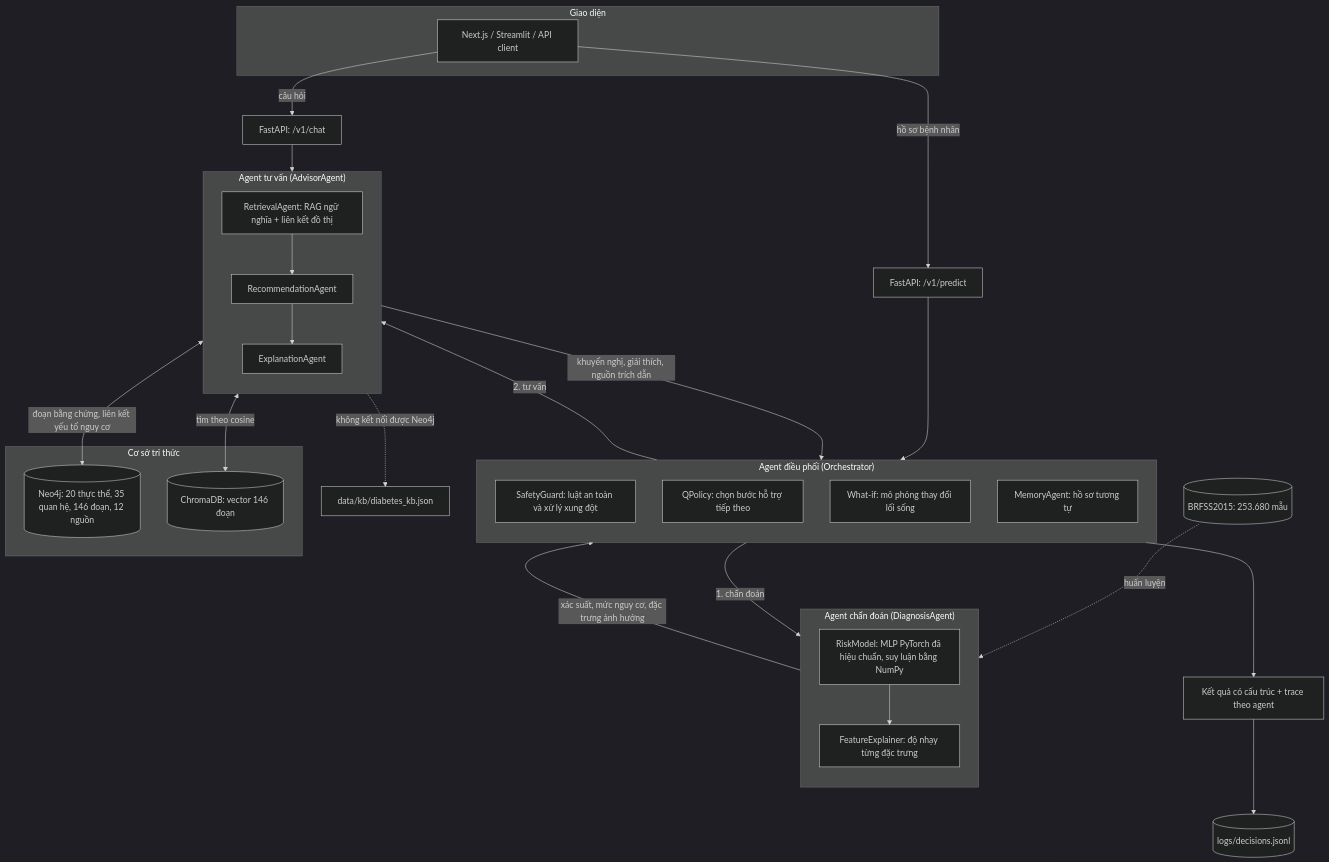
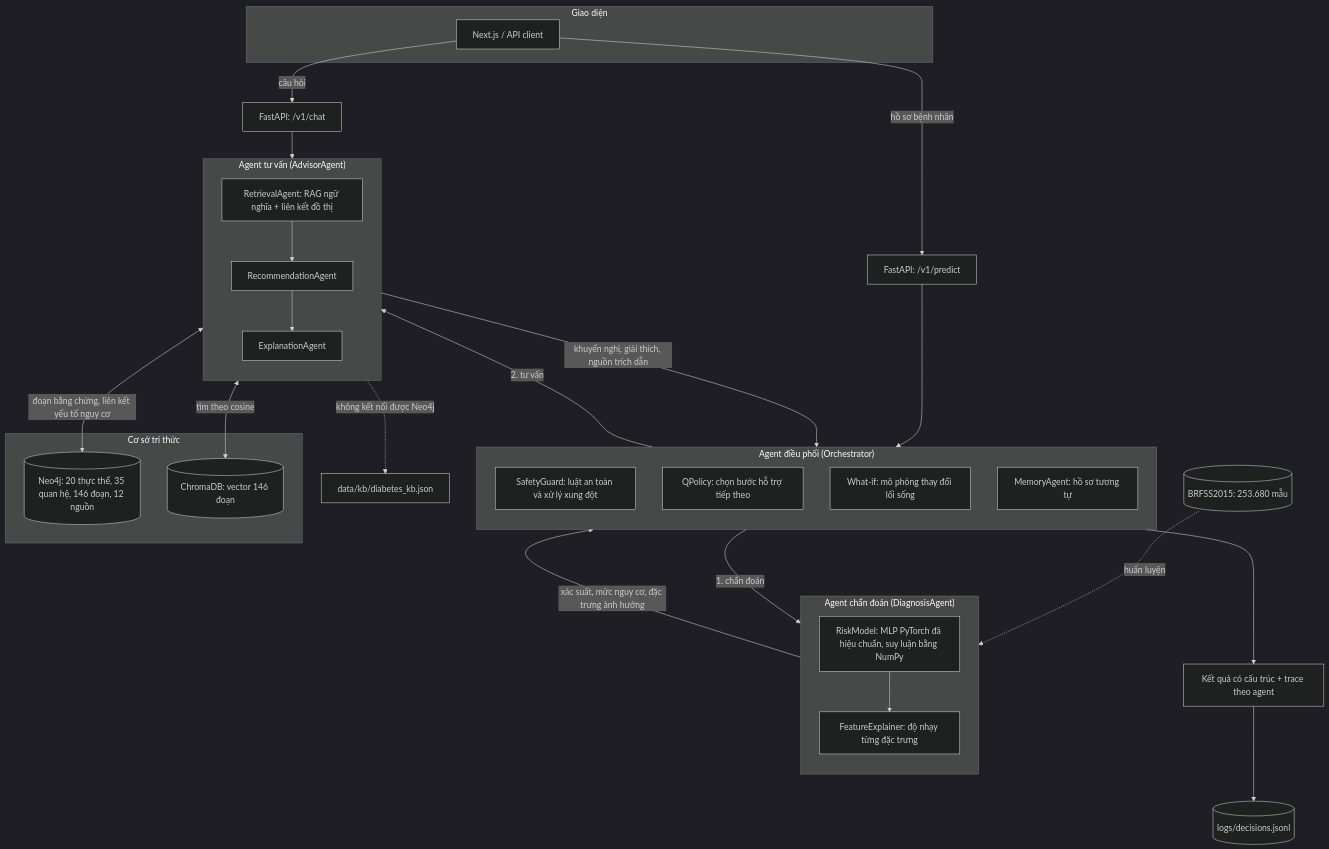
One commit to halobiron/Diabetes_Agent changed the first of 2 diagrams in docs/architecture.md. Above: the diagram before and after it, drawn with Mermaid (dark theme). The commit also changed other lines of this file and 11 other files, not shown here.

Commit message:
feat: Refactor UI components and remove Streamlit integration; add chat functionality in Next.js

````diff
--- a/docs/architecture.md
+++ b/docs/architecture.md
@@ -7,52 +7,52 @@
 ```mermaid
 flowchart TD
     subgraph UI["Giao diện"]
-        WEB["Next.js / Streamlit / API client"]
+        WEB["Next.js / API client"]
     end
 
     WEB -->|"hồ sơ bệnh nhân"| API["FastAPI: /v1/predict"]
     WEB -->|"câu hỏi"| CHAT["FastAPI: /v1/chat"]
     API --> ORCH
 
     subgraph ORCH["Agent điều phối (Orchestrator)"]
         direction TB
         SAFE["SafetyGuard: luật an toàn và xử lý xung đột"]
         POLICY["QPolicy: chọn bước hỗ trợ tiếp theo"]
         WHATIF["What-if: mô phỏng thay đổi lối sống"]
         MEM["MemoryAgent: hồ sơ tương tự"]
     end
 
     ORCH -->|"1. chẩn đoán"| DIAG
     DIAG -->|"xác suất, mức nguy cơ, đặc trưng ảnh hưởng"| ORCH
     ORCH -->|"2. tư vấn"| ADV
     ADV -->|"khuyến nghị, giải thích, nguồn trích dẫn"| ORCH
     ORCH --> OUT["Kết quả có cấu trúc + trace theo agent"]
     OUT --> AUDIT[("logs/decisions.jsonl")]
 
     subgraph DIAG["Agent chẩn đoán (DiagnosisAgent)"]
         direction TB
         RM["RiskModel: MLP PyTorch đã hiệu chuẩn, suy luận bằng NumPy"]
         FE["FeatureExplainer: độ nhạy từng đặc trưng"]
         RM --> FE
     end
 
     subgraph ADV["Agent tư vấn (AdvisorAgent)"]
         direction TB
         RET["RetrievalAgent: RAG ngữ nghĩa + liên kết đồ thị"]
         REC["RecommendationAgent"]
         EXP["ExplanationAgent"]
         RET --> REC --> EXP
     end
 
     BRFSS[("BRFSS2015: 253.680 mẫu")] -.->|"huấn luyện"| RM
 
     subgraph KBS["Cơ sở tri thức"]
         NEO[("Neo4j: 20 thực thể, 35 quan hệ, 146 đoạn, 12 nguồn")]
         CHR[("ChromaDB: vector 146 đoạn")]
     end
 
     RET <-->|"đoạn bằng chứng, liên kết yếu tố nguy cơ"| NEO
     RET <-->|"tìm theo cosine"| CHR
     CHAT --> RET
     RET -.->|"không kết nối được Neo4j"| FILE["data/kb/diabetes_kb.json"]
 ```
````
